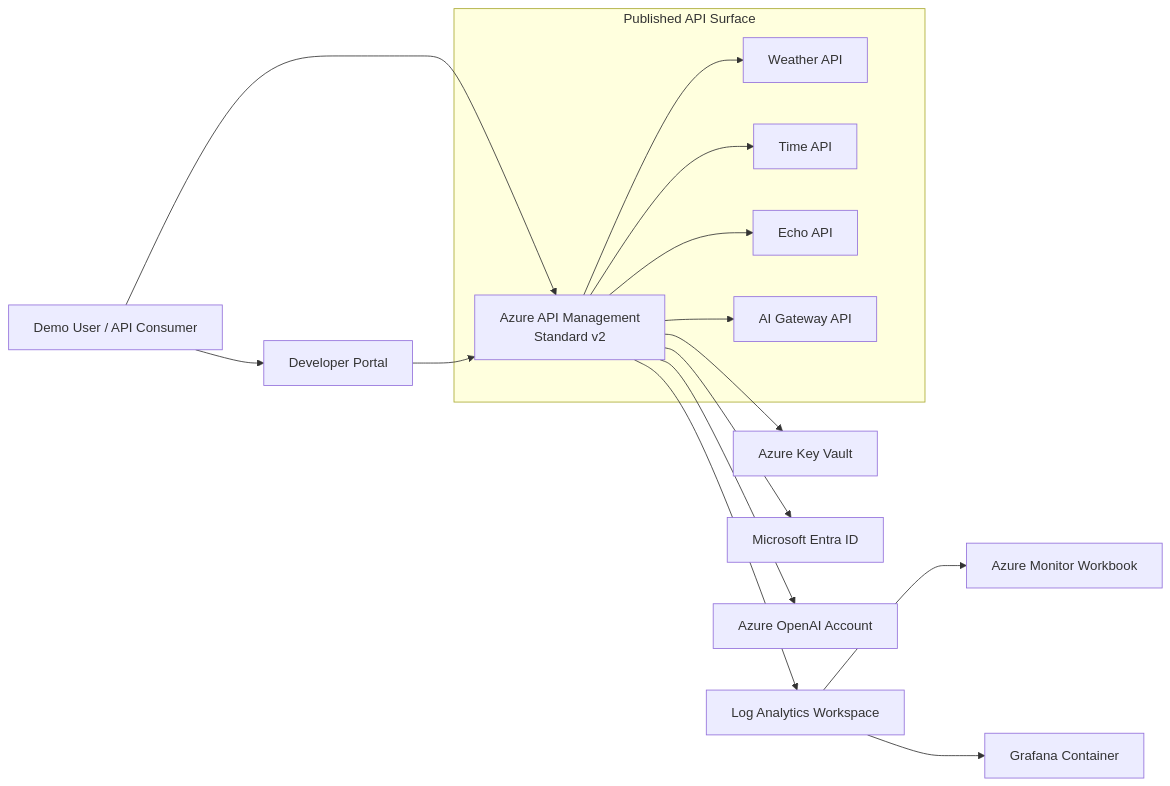
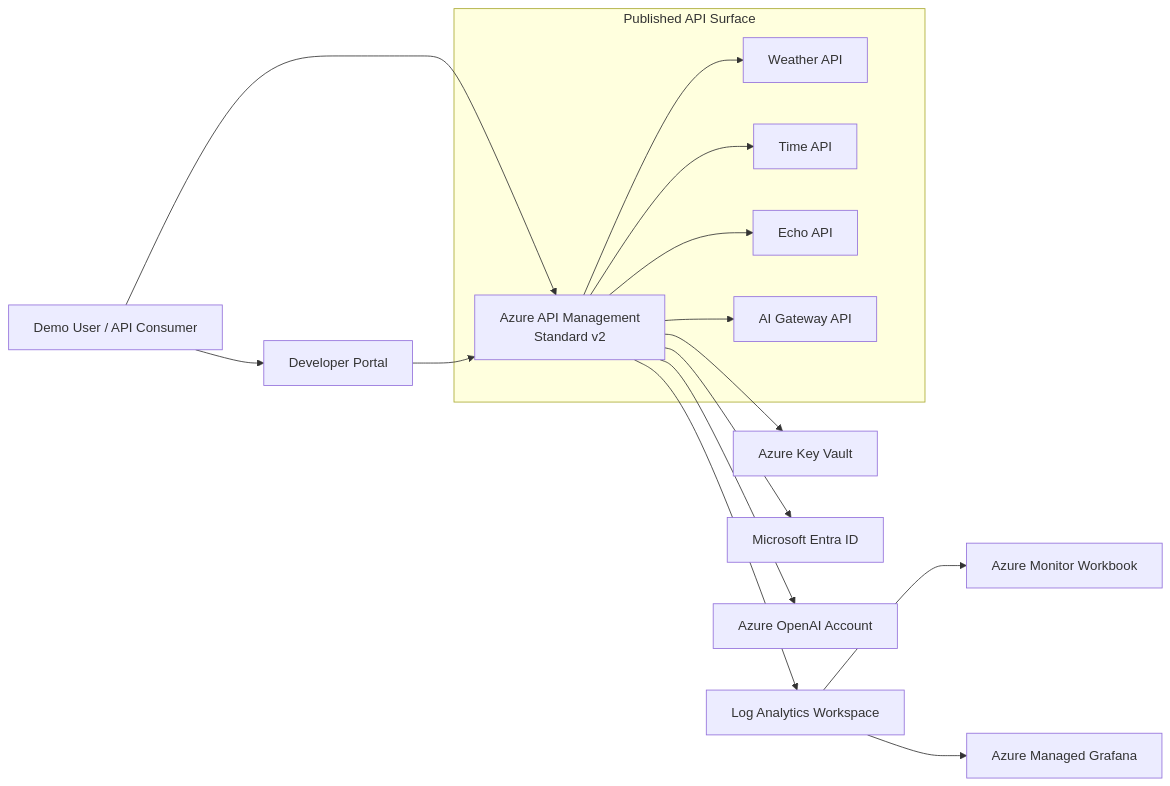
One commit to aionic/APIM-Demo changed the first of 2 diagrams in README.md. Above: the diagram before and after it, drawn with Mermaid. The commit also changed other lines of this file and 24 other files, not shown here.

````diff
--- a/README.md
+++ b/README.md
@@ -19,20 +19,20 @@
 ```mermaid
 flowchart LR
     User[Demo User / API Consumer] --> APIM[Azure API Management<br/>Standard v2]
     User --> Portal[Developer Portal]
     Portal --> APIM
 
     subgraph APIs[Published API Surface]
       APIM --> Weather[Weather API]
       APIM --> Time[Time API]
       APIM --> Echo[Echo API]
       APIM --> LLM[AI Gateway API]
     end
 
     APIM --> KV[Azure Key Vault]
     APIM --> LAW[Log Analytics Workspace]
     APIM --> Entra[Microsoft Entra ID]
     APIM --> AOAI[Azure OpenAI Account]
     LAW --> WB[Azure Monitor Workbook]
-    LAW --> Grafana[Grafana Container]
+    LAW --> Grafana[Azure Managed Grafana]
 ```
````
